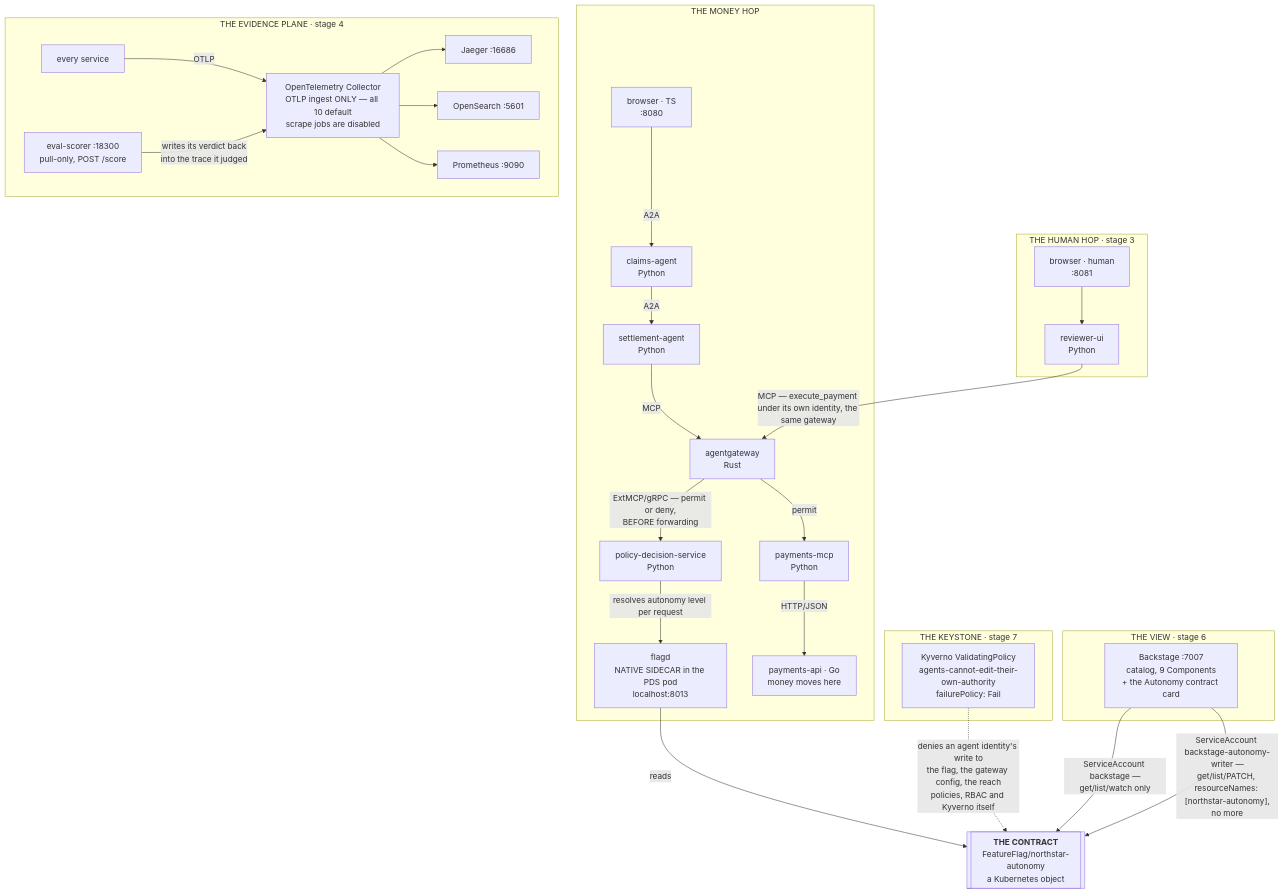
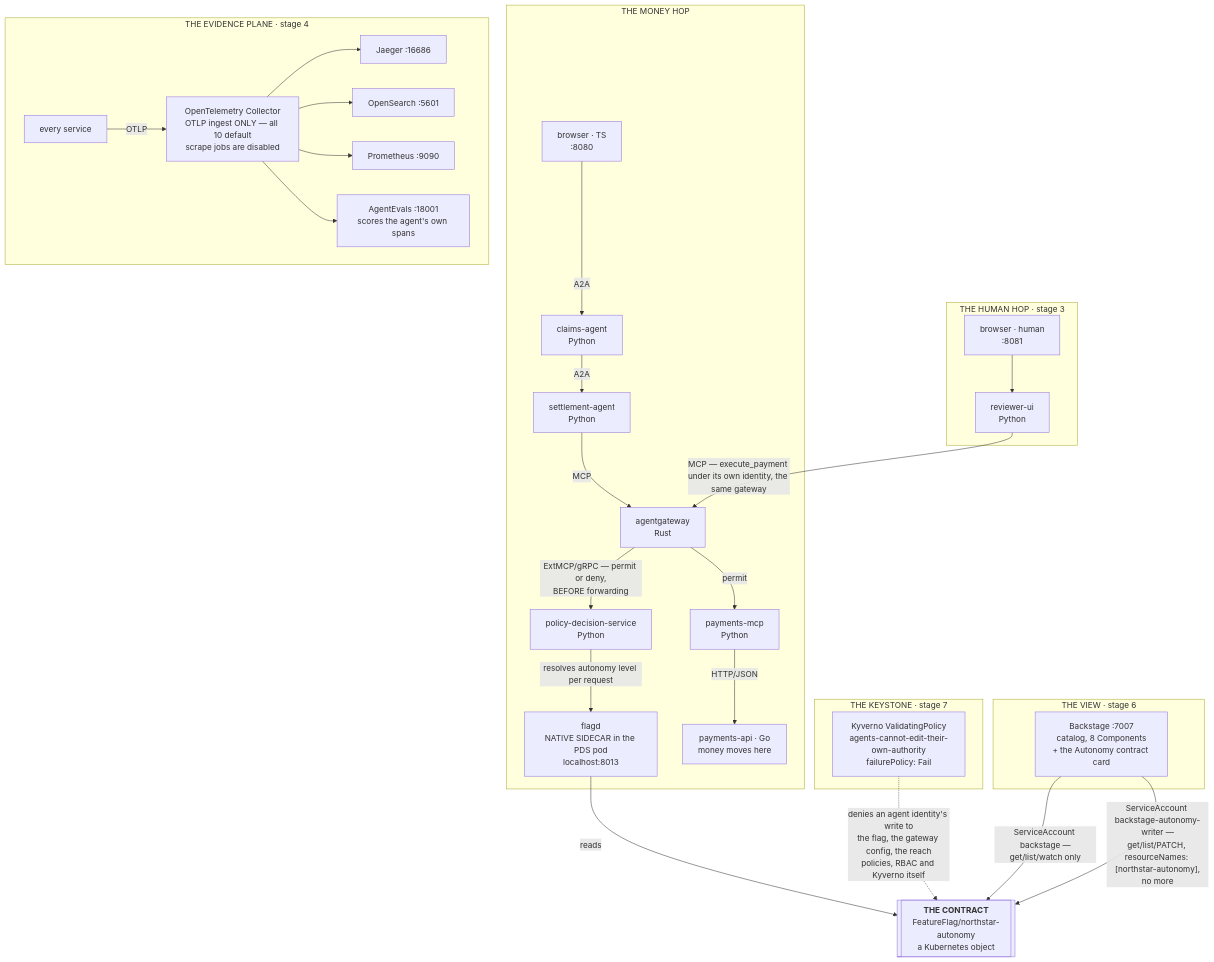
Before and after one commit to kaspernissen/aip-demo: the second of 4 diagrams in docs/demo-runbook.md, drawn with Mermaid. The commit also changed other lines of this file and 71 other files, not shown here.

First line of the commit message:
Remove eval-scorer; port its amount check to AgentEvals and skip intake runs

```diff
--- a/docs/demo-runbook.md
+++ b/docs/demo-runbook.md
@@ -105,66 +105,65 @@
 <pre class="mermaid">
 flowchart TD
     subgraph money["THE MONEY HOP"]
         br["`browser · TS
       :8080`"] -->|A2A| ca["`claims-agent
       Python`"]
         ca -->|A2A| sa["`settlement-agent
       Python`"]
         sa -->|MCP| gw["`agentgateway
       Rust`"]
         gw -->|"`ExtMCP/gRPC — permit or deny,
       BEFORE forwarding`"| pds["`policy-decision-service
       Python`"]
         pds -->|"resolves autonomy level per request"| fd["`flagd
       NATIVE SIDECAR in the PDS pod
       localhost:8013`"]
         gw -->|permit| pm["`payments-mcp
       Python`"]
         pm -->|"HTTP/JSON"| pa["`payments-api · Go
       money moves here`"]
     end
 
     ff[["`**THE CONTRACT**
       FeatureFlag/northstar-autonomy
       a Kubernetes object`"]]
     fd -->|reads| ff
 
     subgraph humanhop["THE HUMAN HOP · stage 3"]
         hb["`browser · human
       :8081`"] --> ru["`reviewer-ui
       Python`"]
     end
     ru -->|"MCP — execute_payment under its own identity, the same gateway"| gw
 
     subgraph evidence["THE EVIDENCE PLANE · stage 4"]
         svc["every service"] -->|OTLP| col["`OpenTelemetry Collector
       OTLP ingest ONLY — all 10 default
       scrape jobs are disabled`"]
         col --> jg["Jaeger :16686"]
         col --> os["OpenSearch :5601"]
         col --> pr["Prometheus :9090"]
-        es["`eval-scorer :18300
-      pull-only, POST /score`"] -->|"`writes its verdict back
-      into the trace it judged`"| col
+        col --> ae["`AgentEvals :18001
+      scores the agent's own spans`"]
     end
 
     subgraph view["THE VIEW · stage 6"]
         bs["`Backstage :7007
-      catalog, 9 Components
+      catalog, 8 Components
       + the Autonomy contract card`"]
     end
 
     subgraph keystone["THE KEYSTONE · stage 7"]
         kv["`Kyverno ValidatingPolicy
       agents-cannot-edit-their-own-authority
       failurePolicy: Fail`"]
     end
     kv -.->|"`denies an agent identity's write to
       the flag, the gateway config, the reach
       policies, RBAC and Kyverno itself`"| ff
     bs -->|"`ServiceAccount backstage —
       get/list/watch only`"| ff
     bs -->|"`ServiceAccount backstage-autonomy-writer —
       get/list/PATCH, resourceNames: [northstar-autonomy],
       no more`"| ff
 </pre>
```
